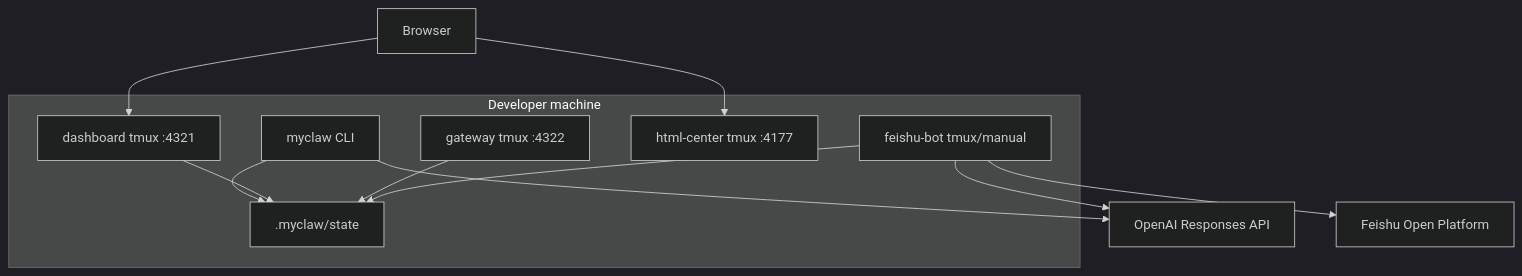
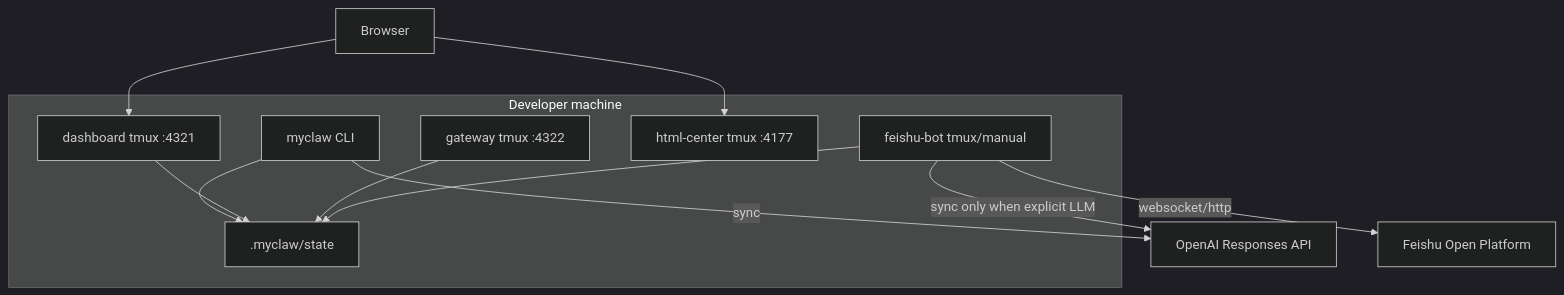
One commit to mayf3/myclaw changed the ninth of 9 diagrams in docs/implementation-architecture.md. Above: the diagram before and after it, drawn with Mermaid (dark theme). The commit also changed other lines of this file and 36 other files, not shown here.

````diff
--- a/docs/implementation-architecture.md
+++ b/docs/implementation-architecture.md
@@ -248,20 +267,20 @@
 ```mermaid
 flowchart TB
   subgraph Local["Developer machine"]
     CLI["myclaw CLI"]
     Dashboard["dashboard tmux :4321"]
     Gateway["gateway tmux :4322"]
     HtmlCenter["html-center tmux :4177"]
     State[".myclaw/state"]
     FeishuBot["feishu-bot tmux/manual"]
     CLI --> State
     Dashboard --> State
     Gateway --> State
     FeishuBot --> State
   end
-  CLI --> OpenAI["OpenAI Responses API"]
-  FeishuBot --> OpenAI
-  FeishuBot --> Feishu["Feishu Open Platform"]
+  CLI -->|sync| OpenAI["OpenAI Responses API"]
+  FeishuBot -->|sync only when explicit LLM| OpenAI
+  FeishuBot -->|websocket/http| Feishu["Feishu Open Platform"]
   Browser["Browser"] --> Dashboard
   Browser --> HtmlCenter
 ```
````
